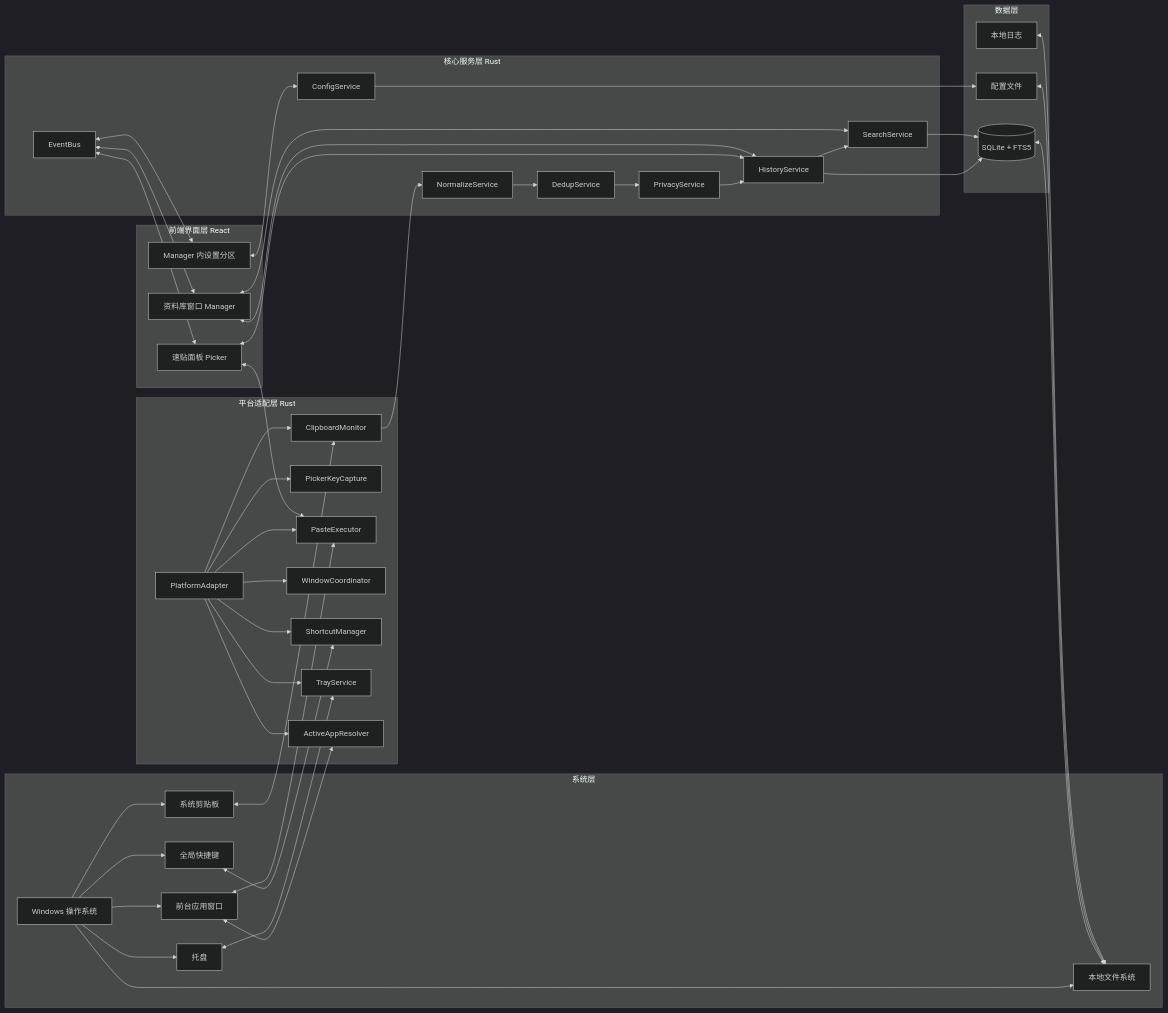
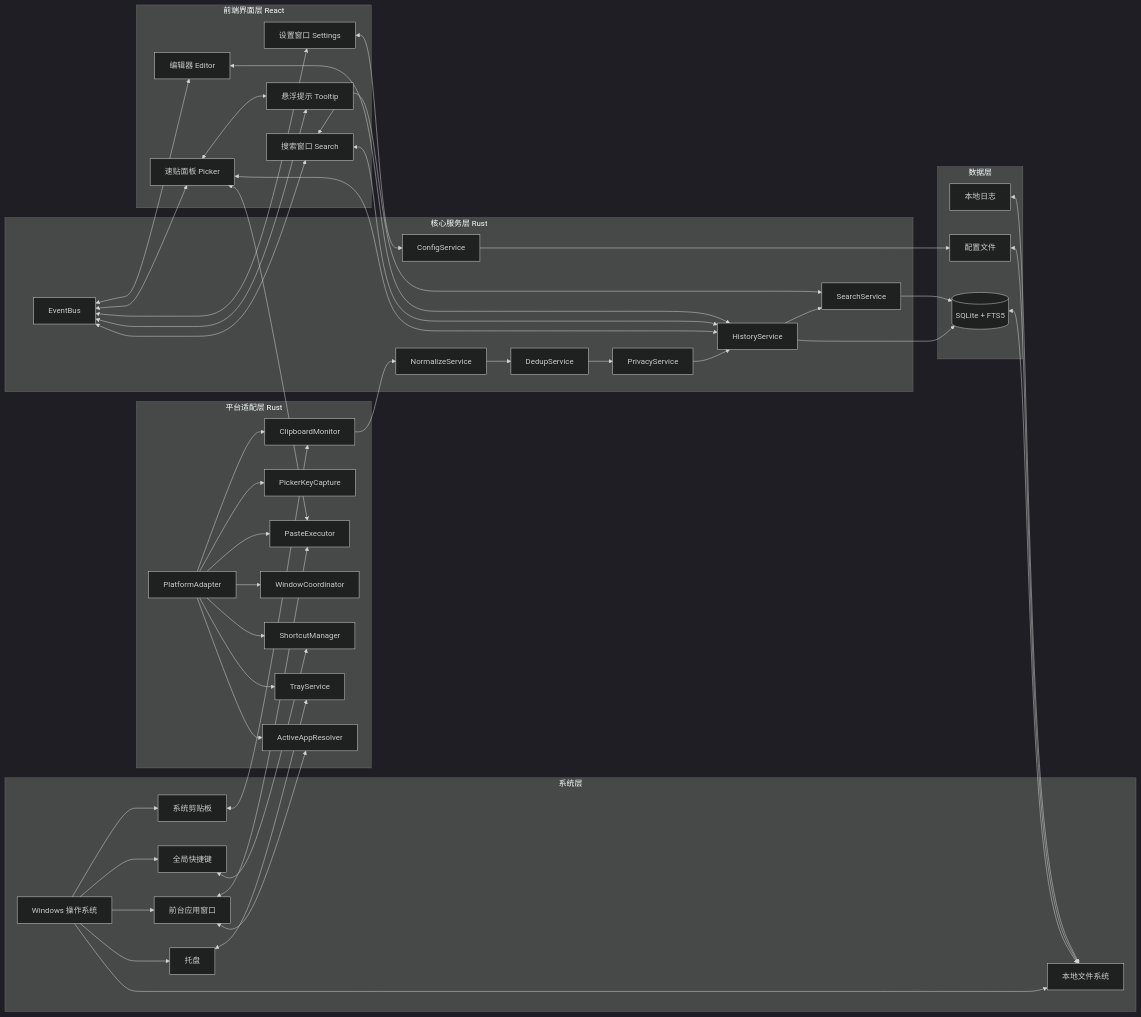
One commit to tranquil-w/floatpaste changed the first of 3 diagrams in docs/architecture/架构设计与MVP技术方案.md. Above: the diagram before and after it, drawn with Mermaid (dark theme). The commit also changed other lines of this file and 2 other files, not shown here.

Commit message:
docs: 更新架构文档以反映图片/文件支持与多窗口架构

```diff
--- a/docs/architecture/架构设计与MVP技术方案.md
+++ b/docs/architecture/架构设计与MVP技术方案.md
@@ -183,8 +186,10 @@
 
     subgraph 前端界面层 React
         PK[速贴面板 Picker]
-        MG[资料库窗口 Manager]
-        ST[Manager 内设置分区]
+        SR[搜索窗口 Search]
+        ED[编辑器 Editor]
+        ST[设置窗口 Settings]
+        TT[悬浮提示 Tooltip]
     end
 
     OS --> CB
@@ -216,13 +221,17 @@
     SS --> DB
     CS --> CFG
     ES <--> PK
-    ES <--> MG
+    ES <--> SR
+    ES <--> ED
     ES <--> ST
+    ES <--> TT
 
     PK <--> HS
     PK <--> PE
-    MG <--> HS
-    MG <--> SS
+    PK <--> TT
+    SR <--> HS
+    SR <--> SS
+    ED <--> HS
     ST <--> CS
 
     DB <--> FS
```
